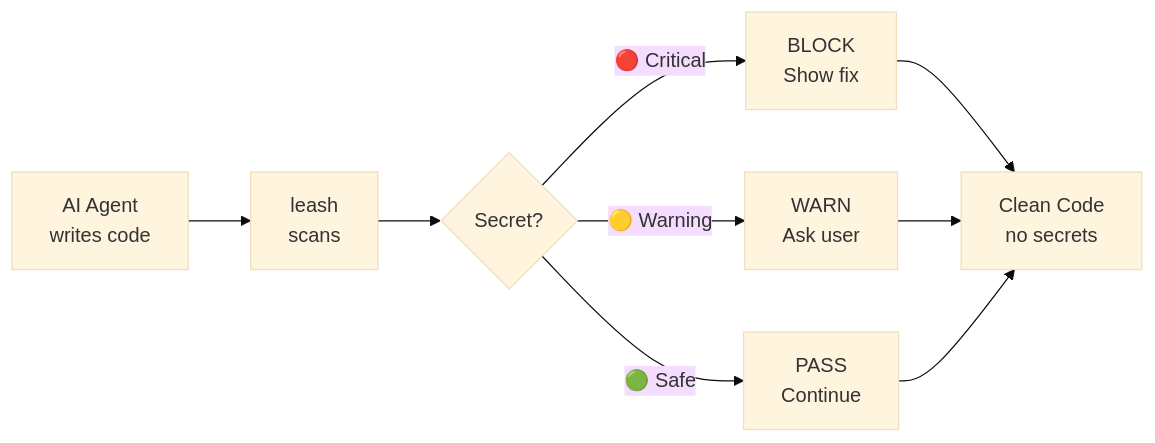
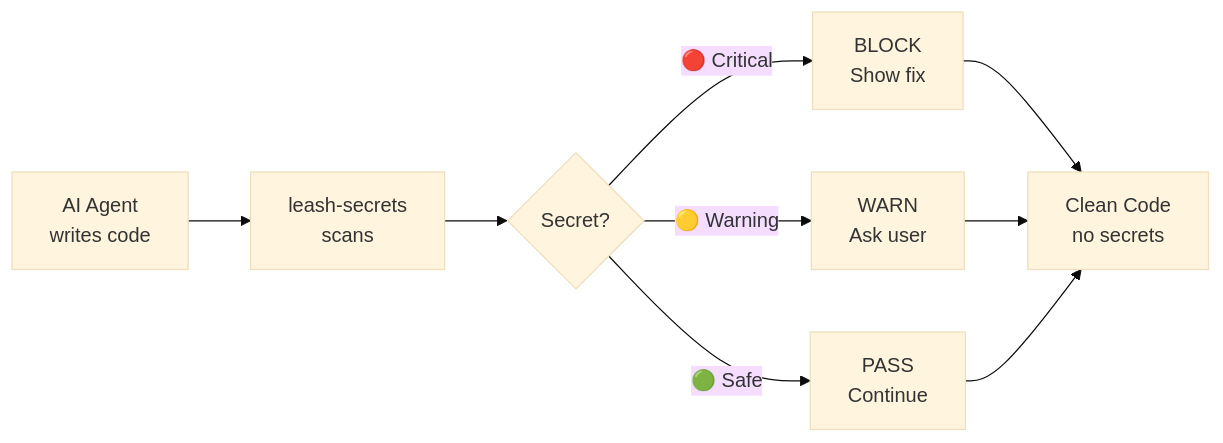
Before and after one commit to FasterApiWeb/leash: the diagram in docs/index.md, drawn with Mermaid (base theme). The commit also changed other lines of this file and 62 other files, not shown here.

Commit message:
refactor: rename project from leash to leash-secrets

````diff
--- a/docs/index.md
+++ b/docs/index.md
@@ -92,11 +92,11 @@
 ```mermaid
 graph LR
-    A[AI Agent<br/>writes code] --> B[leash<br/>scans]
+    A[AI Agent<br/>writes code] --> B[leash-secrets<br/>scans]
     B --> C{Secret?}
     C -->|🔴 Critical| D[BLOCK<br/>Show fix]
     C -->|🟡 Warning| E[WARN<br/>Ask user]
     C -->|🟢 Safe| F[PASS<br/>Continue]
     D --> G[Clean Code<br/>no secrets]
     E --> G
     F --> G
 ```
````
